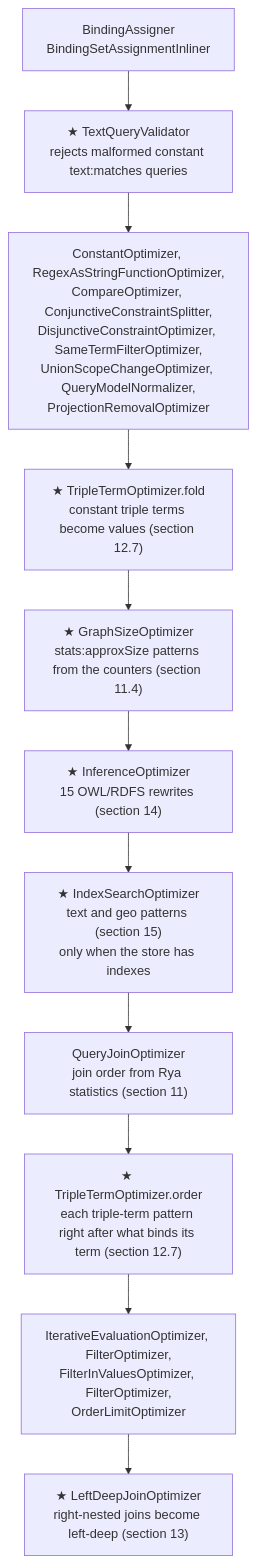
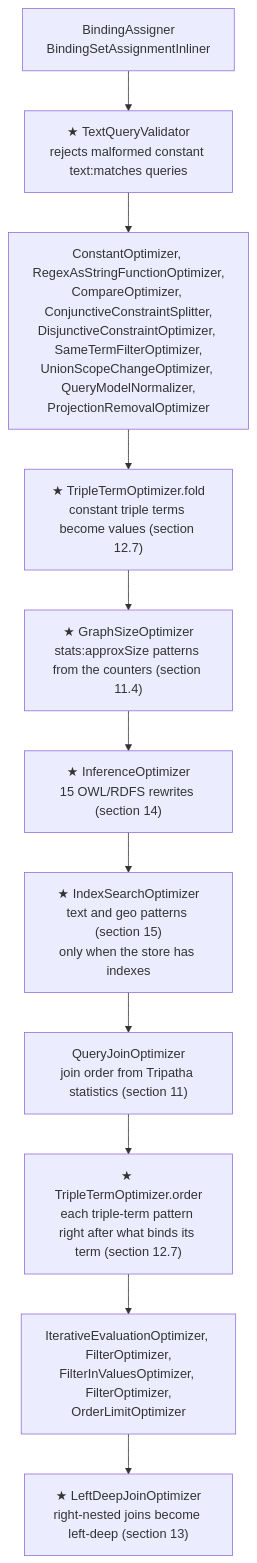
Before and after one commit to dgreco/rya-ng: diagram 12 of 21 in ARCH.md, drawn with Mermaid. The commit also changed other lines of this file and 747 other files, not shown here.

````diff
--- a/ARCH.md
+++ b/ARCH.md
@@ -895,13 +895,13 @@
 ```mermaid
 flowchart TD
     o1["BindingAssigner<br/>BindingSetAssignmentInliner"] --> o2["★ TextQueryValidator<br/>rejects malformed constant text:matches queries"]
     o2 --> o3["ConstantOptimizer, RegexAsStringFunctionOptimizer,<br/>CompareOptimizer, ConjunctiveConstraintSplitter,<br/>DisjunctiveConstraintOptimizer, SameTermFilterOptimizer,<br/>UnionScopeChangeOptimizer, QueryModelNormalizer,<br/>ProjectionRemovalOptimizer"]
     o3 --> o3a["★ TripleTermOptimizer.fold<br/>constant triple terms become values (section 12.7)"]
     o3a --> o3b["★ GraphSizeOptimizer<br/>stats:approxSize patterns from the counters (section 11.4)"]
     o3b --> o4["★ InferenceOptimizer<br/>15 OWL/RDFS rewrites (section 14)"]
     o4 --> o5["★ IndexSearchOptimizer<br/>text and geo patterns (section 15)<br/>only when the store has indexes"]
-    o5 --> o6["QueryJoinOptimizer<br/>join order from Rya statistics (section 11)"]
+    o5 --> o6["QueryJoinOptimizer<br/>join order from Tripatha statistics (section 11)"]
     o6 --> o6b["★ TripleTermOptimizer.order<br/>each triple-term pattern right after what binds its term (section 12.7)"]
     o6b --> o7["IterativeEvaluationOptimizer, FilterOptimizer,<br/>FilterInValuesOptimizer, FilterOptimizer,<br/>OrderLimitOptimizer"]
     o7 --> o8["★ LeftDeepJoinOptimizer<br/>right-nested joins become left-deep (section 13)"]
 ```
````
